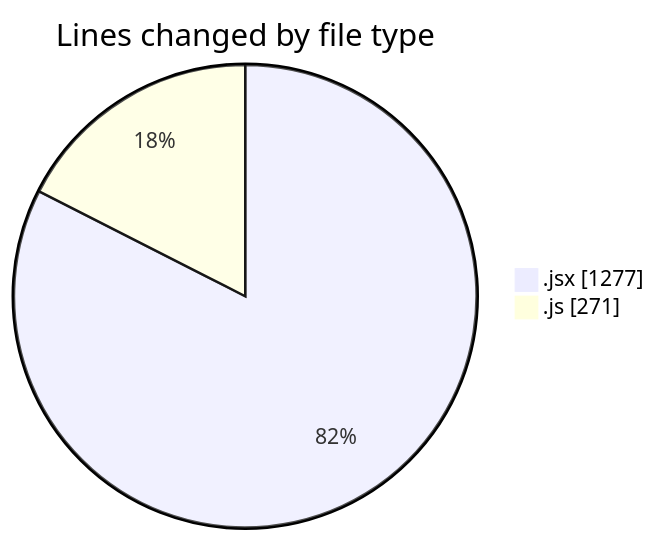
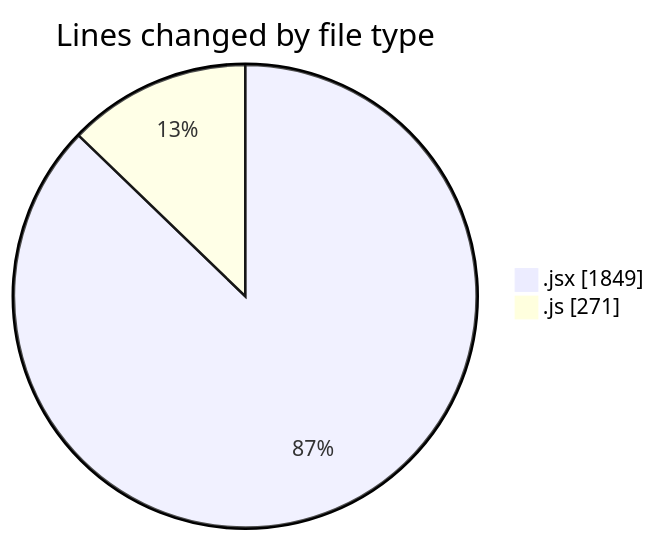
One commit to nxtqubesakshisongat/code-tracking changed the first of 2 diagrams in 2025-05-19/nxtqube_webapp/README.md. Above: the diagram before and after it, drawn with Mermaid. The commit also changed other lines of this file and 1 other file, not shown here.

````diff
--- a/2025-05-19/nxtqube_webapp/README.md
+++ b/2025-05-19/nxtqube_webapp/README.md
@@ -26,6 +27,6 @@
 ```mermaid
 pie showData
 title Lines changed by file type
-".jsx" : 1277
+".jsx" : 1849
 ".js" : 271
 ```
````
